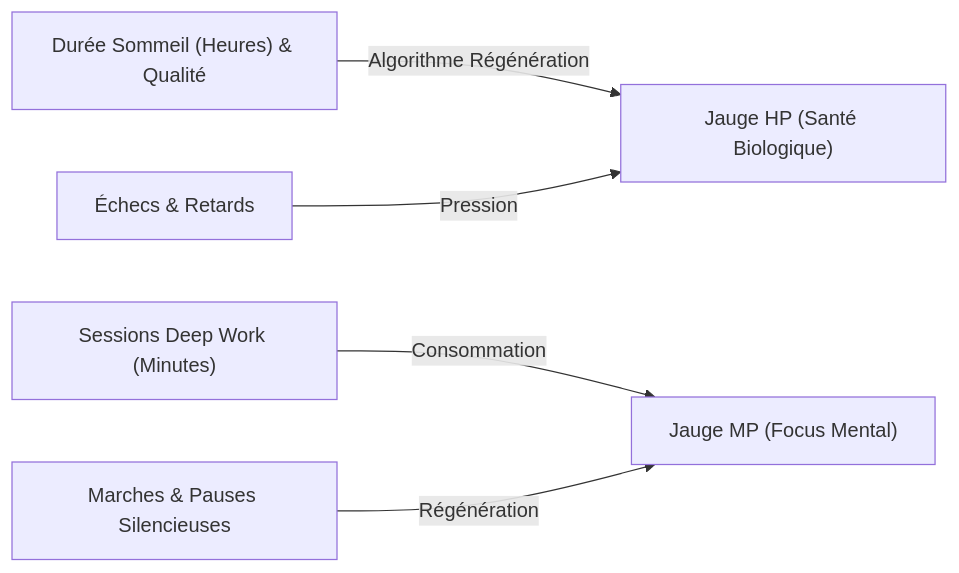
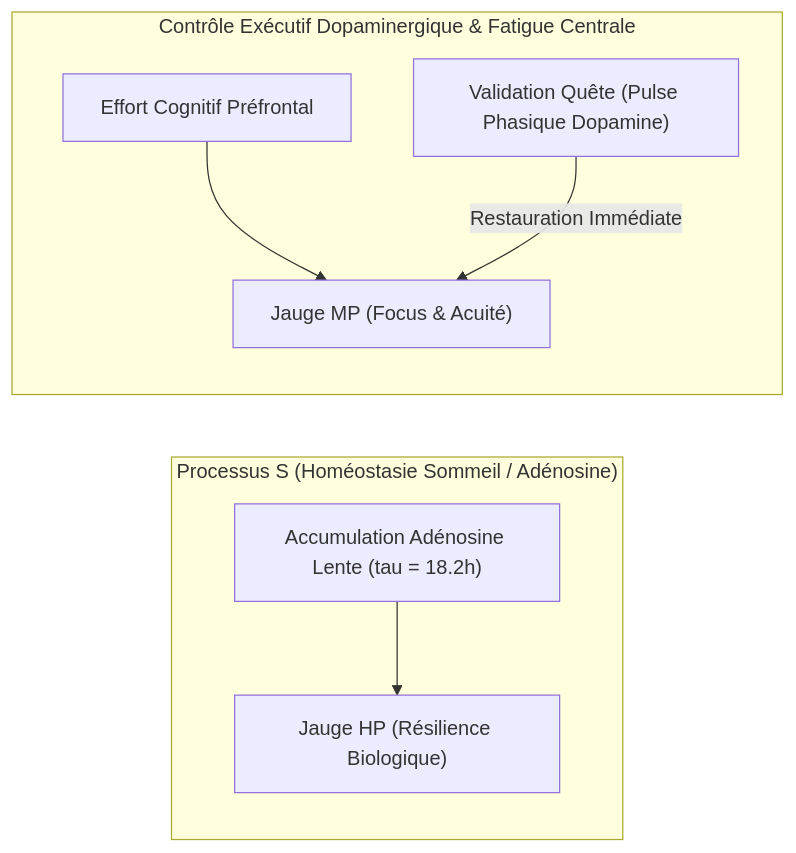
The fourth of 5 diagrams in docs/01-PRD.md (GeovanioH/LevelUp), drawn with Mermaid before and after one commit. The commit also changed other lines of this file and 11 other files, not shown here.

````diff
--- a/docs/01-PRD.md
+++ b/docs/01-PRD.md
@@ -445,7 +629,10 @@
 ```mermaid
 flowchart LR
-    Sommeil["Durée Sommeil (Heures) & Qualité"] -->|Algorithme Régénération| HP["Jauge HP (Santé Biologique)"]
-    DeepWork["Sessions Deep Work (Minutes)"] -->|Consommation| MP["Jauge MP (Focus Mental)"]
-    Pauses["Marches & Pauses Silencieuses"] -->|Régénération| MP
-    Stress["Échecs & Retards"] -->|Pression| HP
+    subgraph Modele_Process_S_Borbely["Processus S (Homéostasie Sommeil / Adénosine)"]
+        S1["Accumulation Adénosine Lente (tau = 18.2h)"] --> HP["Jauge HP (Résilience Biologique)"]
+    end
+    subgraph Modele_Boksem_Gandevia["Contrôle Exécutif Dopaminergique & Fatigue Centrale"]
+        D1["Effort Cognitif Préfrontal"] --> MP["Jauge MP (Focus & Acuité)"]
+        Q1["Validation Quête (Pulse Phasique Dopamine)"] -->|Restauration Immédiate| MP
+    end
 ```
````
